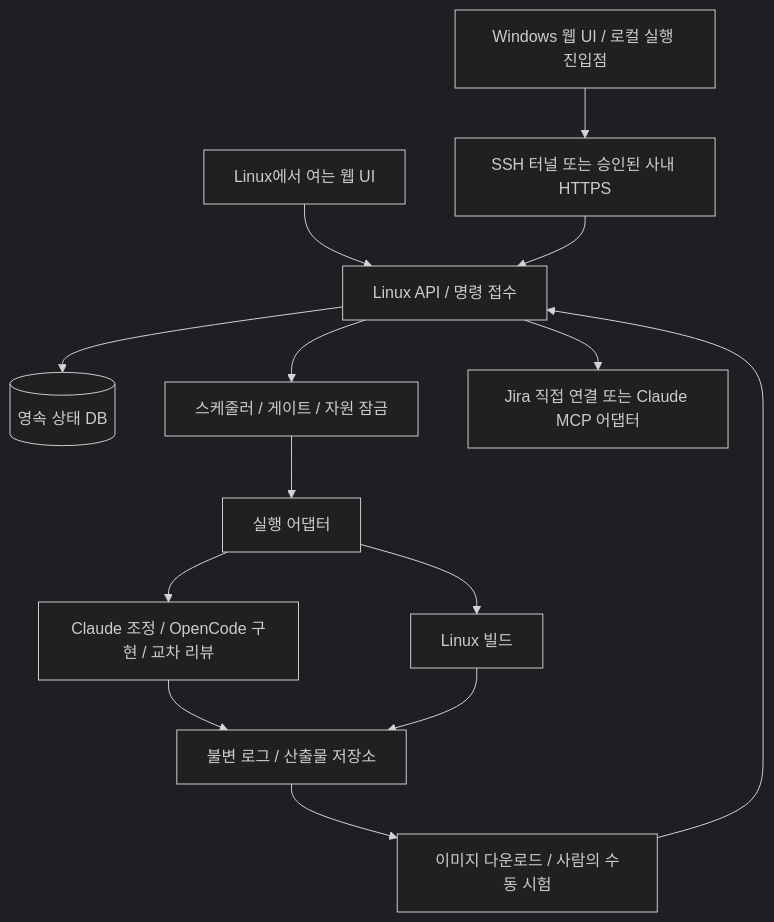
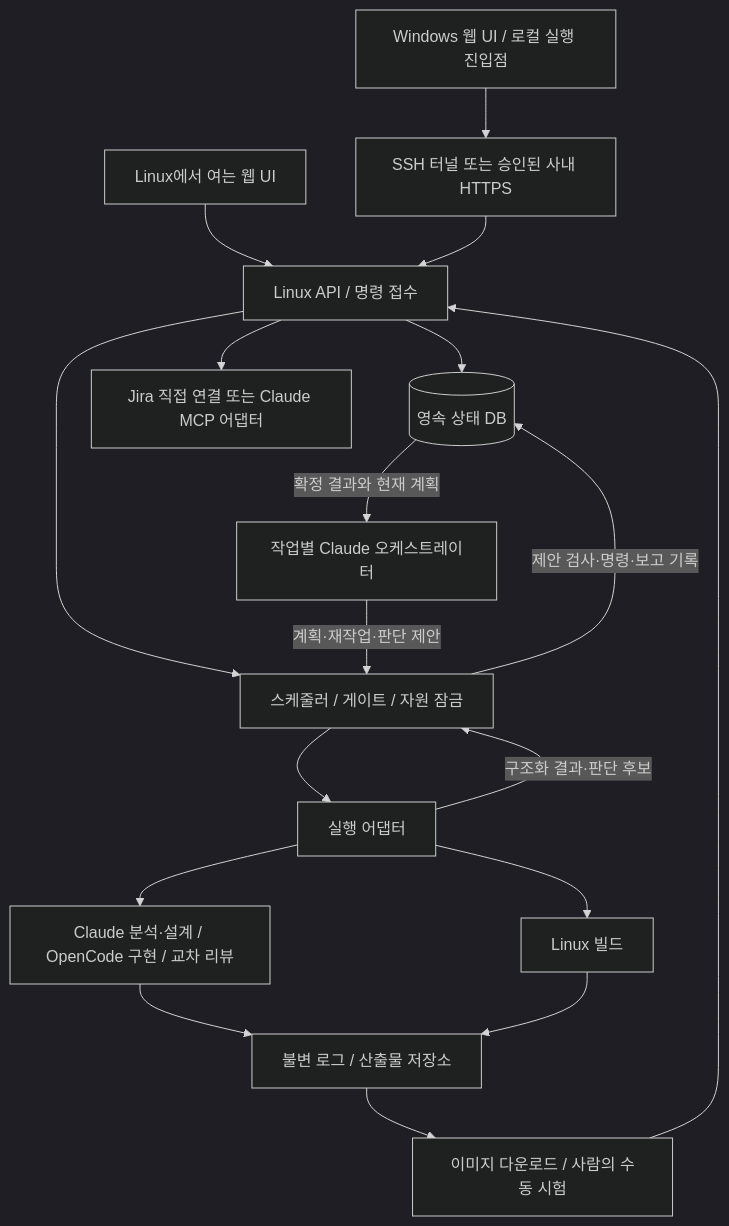
One commit to graycoral/bsp_os_upgrade_dashboard changed the diagram in docs/architecture/SYSTEM_ARCHITECTURE.md. Above: the diagram before and after it, drawn with Mermaid (dark theme). The commit also changed other lines of this file and 127 other files, not shown here.

````diff
--- a/docs/architecture/SYSTEM_ARCHITECTURE.md
+++ b/docs/architecture/SYSTEM_ARCHITECTURE.md
@@ -7,16 +9,20 @@
 ```mermaid
 flowchart TB
   W[Windows 웹 UI / 로컬 실행 진입점] --> T[SSH 터널 또는 승인된 사내 HTTPS]
   L[Linux에서 여는 웹 UI] --> A[Linux API / 명령 접수]
   T --> A
   A --> D[(영속 상태 DB)]
   A --> Q[스케줄러 / 게이트 / 자원 잠금]
+  D -->|확정 결과와 현재 계획| O[작업별 Claude 오케스트레이터]
+  O -->|계획·재작업·판단 제안| Q
+  Q -->|제안 검사·명령·보고 기록| D
   Q --> E[실행 어댑터]
-  E --> C[Claude 조정 / OpenCode 구현 / 교차 리뷰]
+  E --> C[Claude 분석·설계 / OpenCode 구현 / 교차 리뷰]
+  E -->|구조화 결과·판단 후보| Q
   E --> B[Linux 빌드]
   C --> F[불변 로그 / 산출물 저장소]
   B --> F
   A --> J[Jira 직접 연결 또는 Claude MCP 어댑터]
   F --> H[이미지 다운로드 / 사람의 수동 시험]
   H --> A
 ```
````
